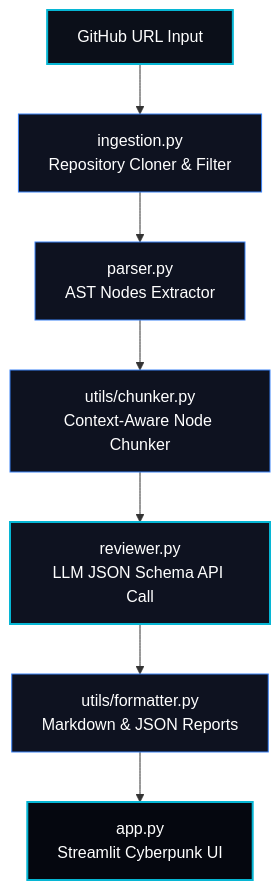
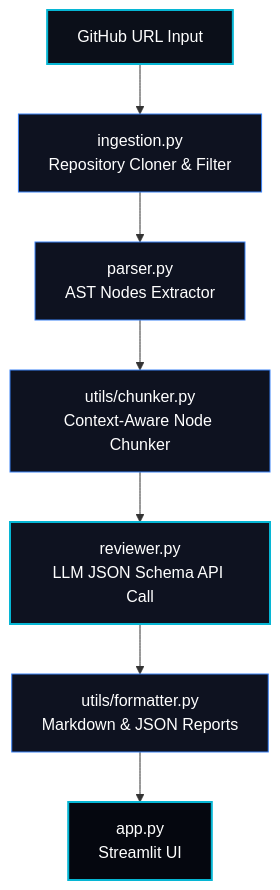
The diagram in README.md (nikhilc1910/ai-code-reviewer), drawn with Mermaid before and after one commit. The commit also changed other lines of this file, not shown here.

````diff
--- a/README.md
+++ b/README.md
@@ -61,17 +61,17 @@
 ```mermaid
 graph TD
     URL[GitHub URL Input] --> Ingestion[ingestion.py<br/>Repository Cloner & Filter]
     Ingestion --> AST[parser.py<br/>AST Nodes Extractor]
     AST --> Chunker[utils/chunker.py<br/>Context-Aware Node Chunker]
     Chunker --> Reviewer[reviewer.py<br/>LLM JSON Schema API Call]
     Reviewer --> Formatter[utils/formatter.py<br/>Markdown & JSON Reports]
-    Formatter --> UI[app.py<br/>Streamlit Cyberpunk UI]
+    Formatter --> UI[app.py<br/>Streamlit UI]
     
     style URL fill:#0b0f19,stroke:#06b6d4,stroke-width:2px,color:#fff
     style Ingestion fill:#0e1220,stroke:#3b82f6,stroke-width:1px,color:#fff
     style AST fill:#0e1220,stroke:#3b82f6,stroke-width:1px,color:#fff
     style Chunker fill:#0e1220,stroke:#3b82f6,stroke-width:1px,color:#fff
     style Reviewer fill:#0e1220,stroke:#06b6d4,stroke-width:2px,color:#fff
     style Formatter fill:#0e1220,stroke:#3b82f6,stroke-width:1px,color:#fff
     style UI fill:#05070f,stroke:#06b6d4,stroke-width:2px,color:#fff
 ```
````
